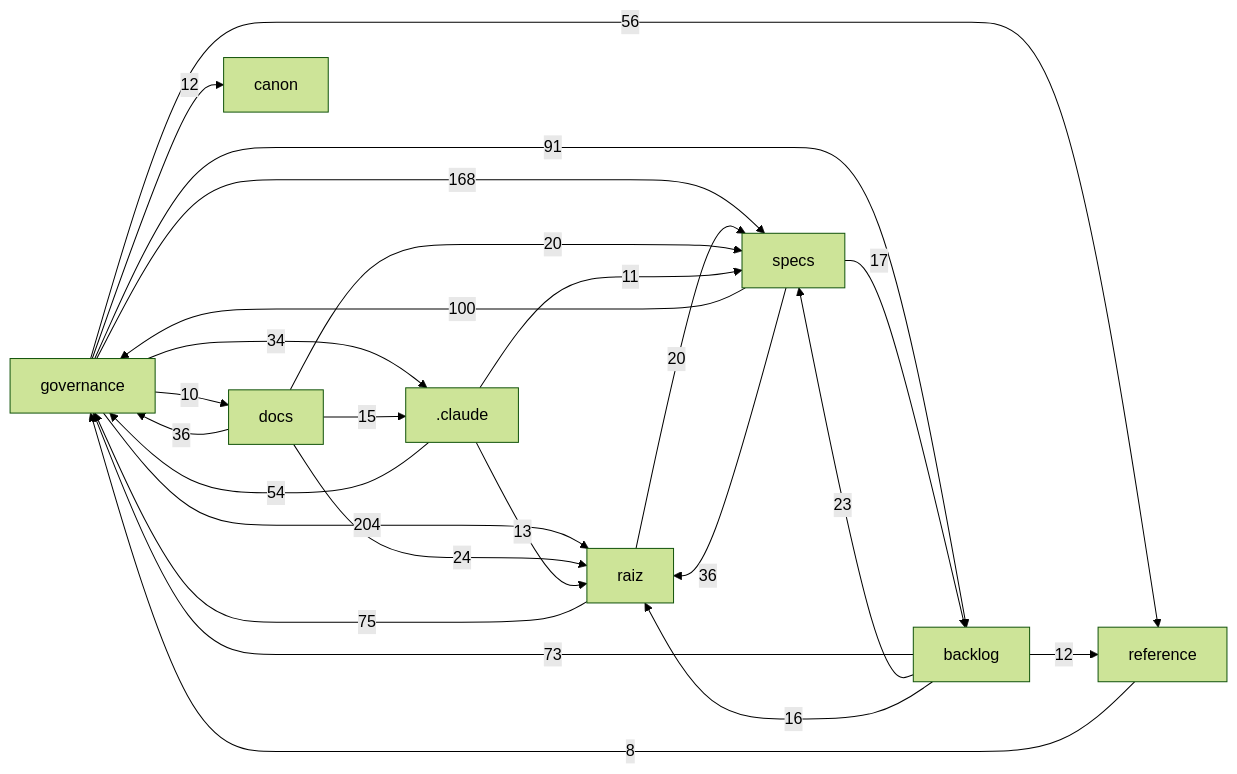
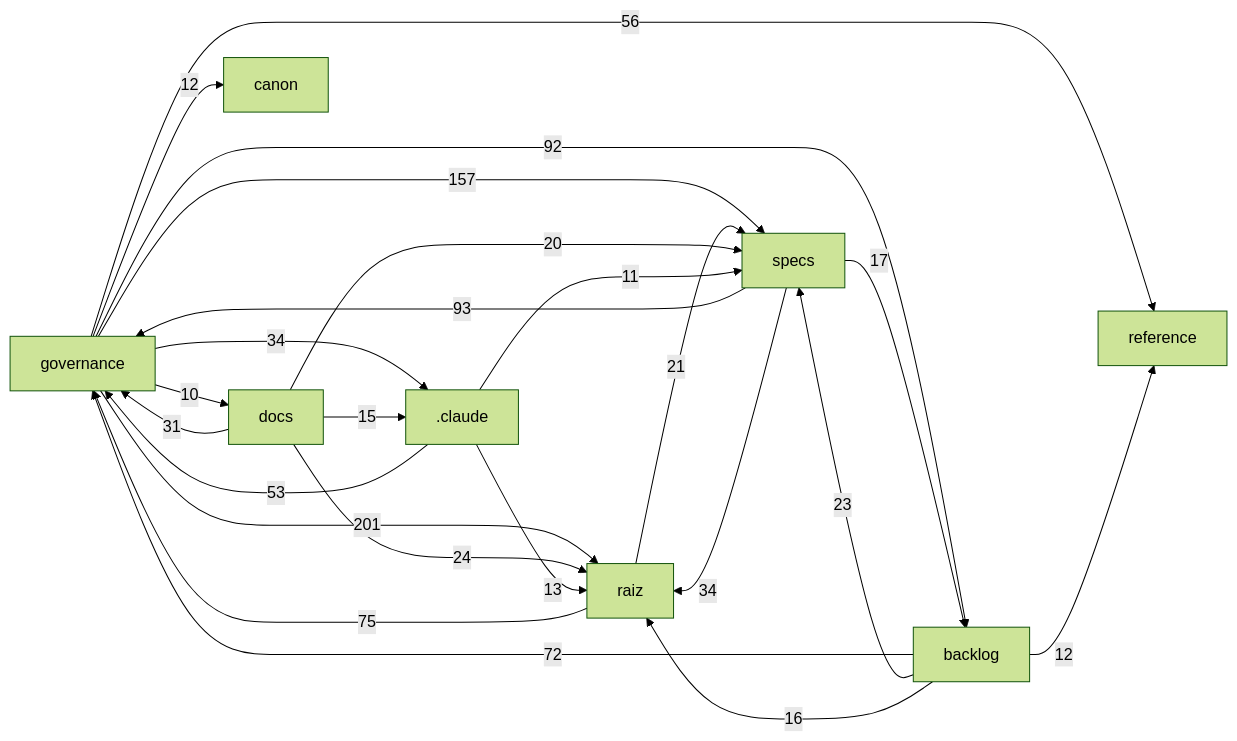
One commit to Andraus35/Sistema-Operacional-de-Trading--SOT changed the diagram in docs/mapa/MAPA-PROJETO.md. Above: the diagram before and after it, drawn with Mermaid (forest theme). The commit also changed other lines of this file and 9 other files, not shown here.

````diff
--- a/docs/mapa/MAPA-PROJETO.md
+++ b/docs/mapa/MAPA-PROJETO.md
@@ -29,27 +29,26 @@
 ```mermaid
 flowchart LR
-  governance["governance"] -->|204| raiz["raiz"]
-  governance["governance"] -->|168| specs["specs"]
-  specs["specs"] -->|100| governance["governance"]
-  governance["governance"] -->|91| backlog["backlog"]
+  governance["governance"] -->|201| raiz["raiz"]
+  governance["governance"] -->|157| specs["specs"]
+  specs["specs"] -->|93| governance["governance"]
+  governance["governance"] -->|92| backlog["backlog"]
   raiz["raiz"] -->|75| governance["governance"]
-  backlog["backlog"] -->|73| governance["governance"]
+  backlog["backlog"] -->|72| governance["governance"]
   governance["governance"] -->|56| reference["reference"]
-  _claude[".claude"] -->|54| governance["governance"]
-  docs["docs"] -->|36| governance["governance"]
-  specs["specs"] -->|36| raiz["raiz"]
+  _claude[".claude"] -->|53| governance["governance"]
   governance["governance"] -->|34| _claude[".claude"]
+  specs["specs"] -->|34| raiz["raiz"]
+  docs["docs"] -->|31| governance["governance"]
   docs["docs"] -->|24| raiz["raiz"]
   backlog["backlog"] -->|23| specs["specs"]
-  raiz["raiz"] -->|20| specs["specs"]
+  raiz["raiz"] -->|21| specs["specs"]
   docs["docs"] -->|20| specs["specs"]
   specs["specs"] -->|17| backlog["backlog"]
   backlog["backlog"] -->|16| raiz["raiz"]
   docs["docs"] -->|15| _claude[".claude"]
   _claude[".claude"] -->|13| raiz["raiz"]
   backlog["backlog"] -->|12| reference["reference"]
   governance["governance"] -->|12| canon["canon"]
   _claude[".claude"] -->|11| specs["specs"]
   governance["governance"] -->|10| docs["docs"]
-  reference["reference"] -->|8| governance["governance"]
 ```
````
